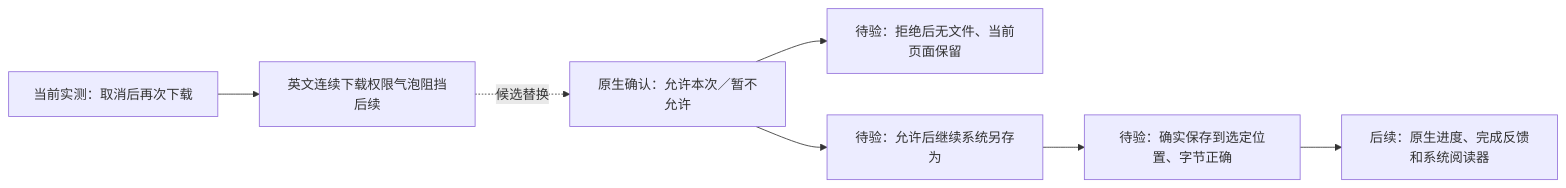
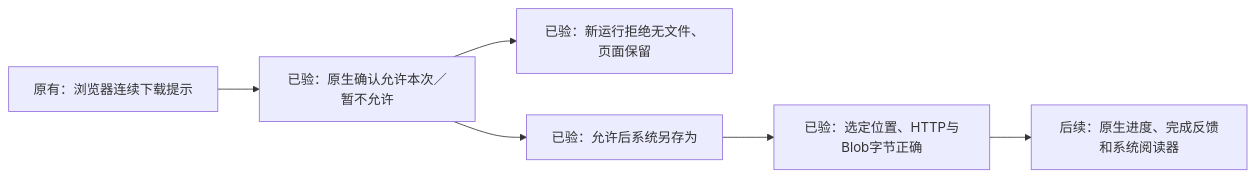
Before and after one commit to XYL333FYQ/TongMuTVPlus: the first of 6 diagrams in docs/design/CLIENT-EXPERIENCE-VERIFIED.md, drawn with Mermaid. The commit also changed other lines of this file and 2 other files, not shown here.

Commit message:
docs(client): record verified native save and permission flows

````diff
--- a/docs/design/CLIENT-EXPERIENCE-VERIFIED.md
+++ b/docs/design/CLIENT-EXPERIENCE-VERIFIED.md
@@ -9,9 +9,8 @@
 ```mermaid
 flowchart LR
-    A[当前实测：取消后再次下载] --> B[英文连续下载权限气泡阻挡后续]
-    B -.候选替换.-> C[原生确认：允许本次／暂不允许]
-    C --> D[待验：拒绝后无文件、当前页面保留]
-    C --> E[待验：允许后继续系统另存为]
-    E --> F[待验：确实保存到选定位置、字节正确]
+    A[原有：浏览器连续下载提示] --> C[已验：原生确认允许本次／暂不允许]
+    C --> D[已验：新运行拒绝无文件、页面保留]
+    C --> E[已验：允许后系统另存为]
+    E --> F[已验：选定位置、HTTP与Blob字节正确]
     F --> G[后续：原生进度、完成反馈和系统阅读器]
 ```
````
